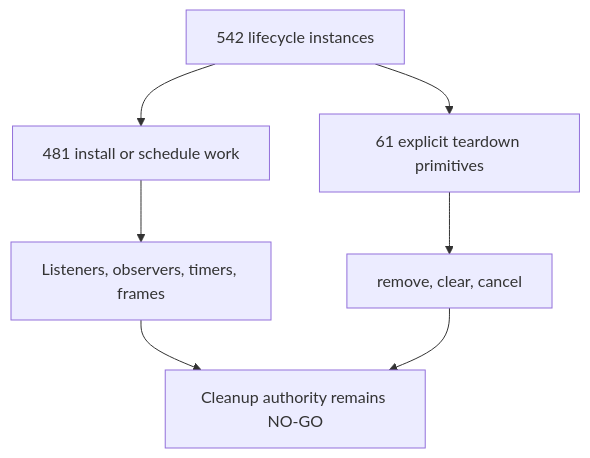
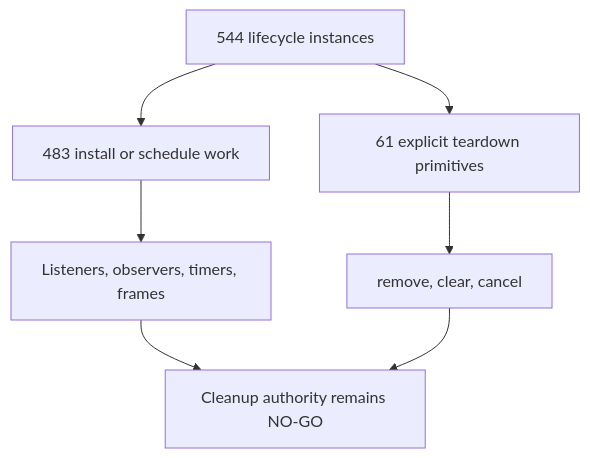
Before and after one commit to varshneydevansh/FilterTube: the first of 47 diagrams in docs/audit/FILTERTUBE_LIFECYCLE_INSTANCE_REGISTER_2026-05-18.md, drawn with Mermaid. The commit also changed other lines of this file and 53 other files, not shown here.

````diff
--- a/docs/audit/FILTERTUBE_LIFECYCLE_INSTANCE_REGISTER_2026-05-18.md
+++ b/docs/audit/FILTERTUBE_LIFECYCLE_INSTANCE_REGISTER_2026-05-18.md
@@ -120,9 +120,9 @@
 ```mermaid
 flowchart TD
-  A["542 lifecycle instances"] --> B["481 install or schedule work"]
+  A["544 lifecycle instances"] --> B["483 install or schedule work"]
   A --> C["61 explicit teardown primitives"]
   B --> D["Listeners, observers, timers, frames"]
   C --> E["remove, clear, cancel"]
   D --> F["Cleanup authority remains NO-GO"]
   E --> F
 ```
````
